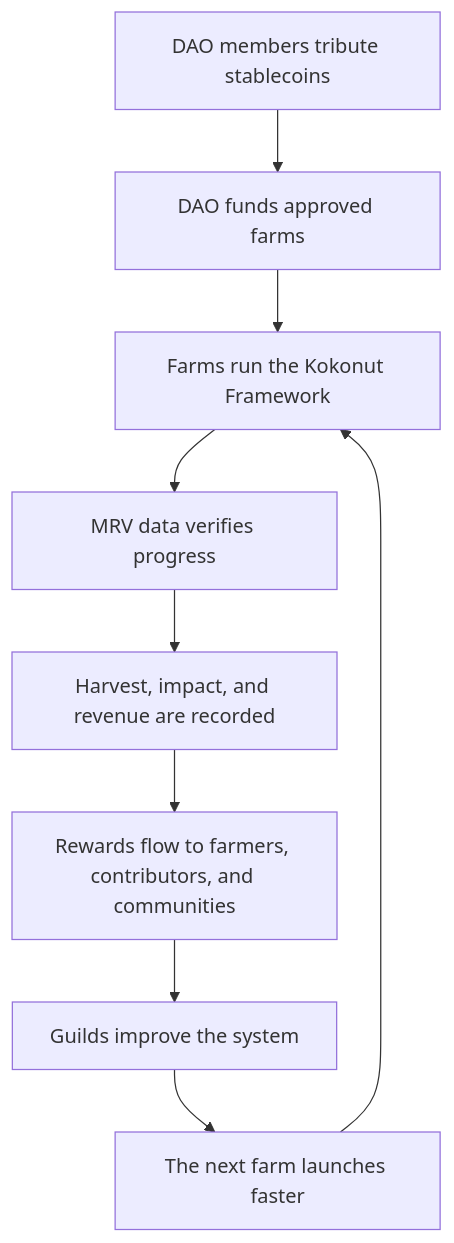
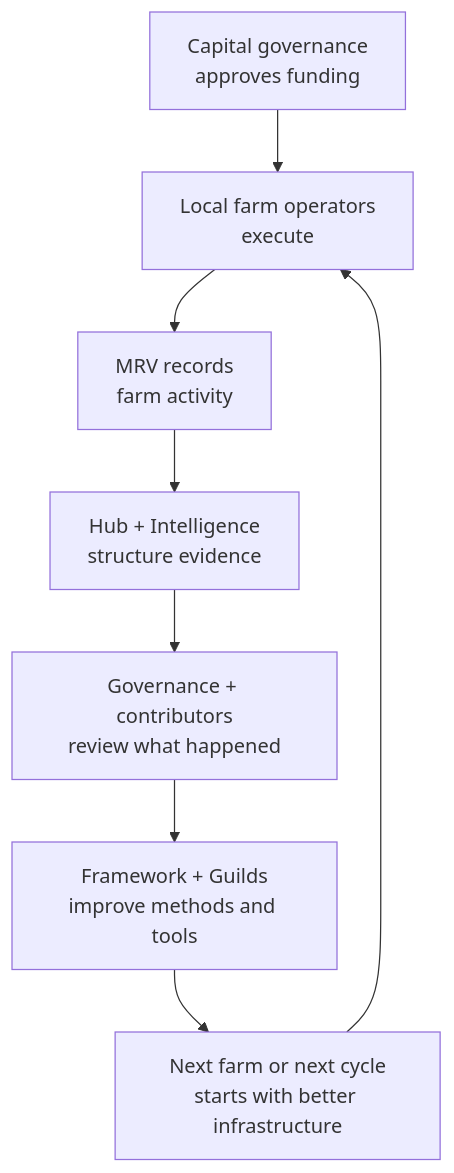
One commit to wasalo/Kokonut-Public-Site changed the second of 2 diagrams in ecosystem-wiki/kokonut-101/executive-summary.mdx. Above: the diagram before and after it, drawn with Mermaid. The commit also changed other lines of this file, not shown here.

Commit message:
docs(kokonut-101): improve executive summary

````diff
--- a/ecosystem-wiki/kokonut-101/executive-summary.mdx
+++ b/ecosystem-wiki/kokonut-101/executive-summary.mdx
@@ -137,11 +185,10 @@
 ```mermaid
 flowchart TD
-    A["DAO members tribute stablecoins"] --> B["DAO funds approved farms"]
-    B --> C["Farms run the Kokonut Framework"]
-    C --> D["MRV data verifies progress"]
-    D --> E["Harvest, impact, and revenue are recorded"]
-    E --> F["Rewards flow to farmers, contributors, and communities"]
-    F --> G["Guilds improve the system"]
-    G --> H["The next farm launches faster"]
-    H --> C
+    A["Capital governance<br/>approves funding"] --> B["Local farm operators<br/>execute"]
+    B --> C["MRV records<br/>farm activity"]
+    C --> D["Hub + Intelligence<br/>structure evidence"]
+    D --> E["Governance + contributors<br/>review what happened"]
+    E --> F["Framework + Guilds<br/>improve methods and tools"]
+    F --> G["Next farm or next cycle<br/>starts with better infrastructure"]
+    G --> B
 ```
````
